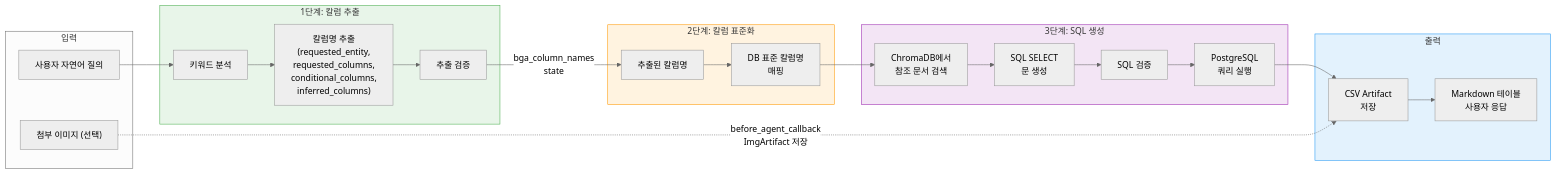
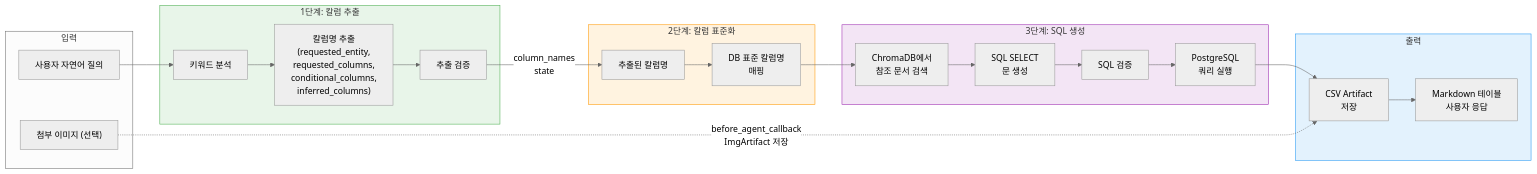
Before and after one commit to beyonwr/agent-adk-data-search: the second of 6 diagrams in architecture.md, drawn with Mermaid (neutral theme). The commit also changed other lines of this file and 6 other files, not shown here.

Commit message:
Remove BGA prefix from column state constants

````diff
--- a/architecture.md
+++ b/architecture.md
@@ -105,41 +105,41 @@
 ```mermaid
 flowchart LR
     subgraph INPUT["입력"]
         Q["사용자 자연어 질의"]
         IMG["첨부 이미지 (선택)"]
     end
 
     subgraph EXTRACT["1단계: 칼럼 추출"]
         E1["키워드 분석"]
         E2["칼럼명 추출<br/>(requested_entity,<br/>requested_columns,<br/>conditional_columns,<br/>inferred_columns)"]
         E3["추출 검증"]
     end
 
     subgraph STANDARD["2단계: 칼럼 표준화"]
         S1["추출된 칼럼명"]
         S2["DB 표준 칼럼명<br/>매핑"]
     end
 
     subgraph SQLGEN["3단계: SQL 생성"]
         G1["ChromaDB에서<br/>참조 문서 검색"]
         G2["SQL SELECT<br/>문 생성"]
         G3["SQL 검증"]
         G4["PostgreSQL<br/>쿼리 실행"]
     end
 
     subgraph OUTPUT["출력"]
         O1["CSV Artifact<br/>저장"]
         O2["Markdown 테이블<br/>사용자 응답"]
     end
 
     Q --> E1 --> E2 --> E3
-    E3 -->|"bga_column_names<br/>state"| S1 --> S2
+    E3 -->|"column_names<br/>state"| S1 --> S2
     S2 --> G1 --> G2 --> G3 --> G4
     G4 --> O1 --> O2
     IMG -.->|"before_agent_callback<br/>ImgArtifact 저장"| O1
 
     style EXTRACT fill:#e8f5e9,stroke:#4CAF50
     style STANDARD fill:#fff3e0,stroke:#FF9800
     style SQLGEN fill:#f3e5f5,stroke:#9C27B0
     style OUTPUT fill:#e3f2fd,stroke:#2196F3
 ```
````
